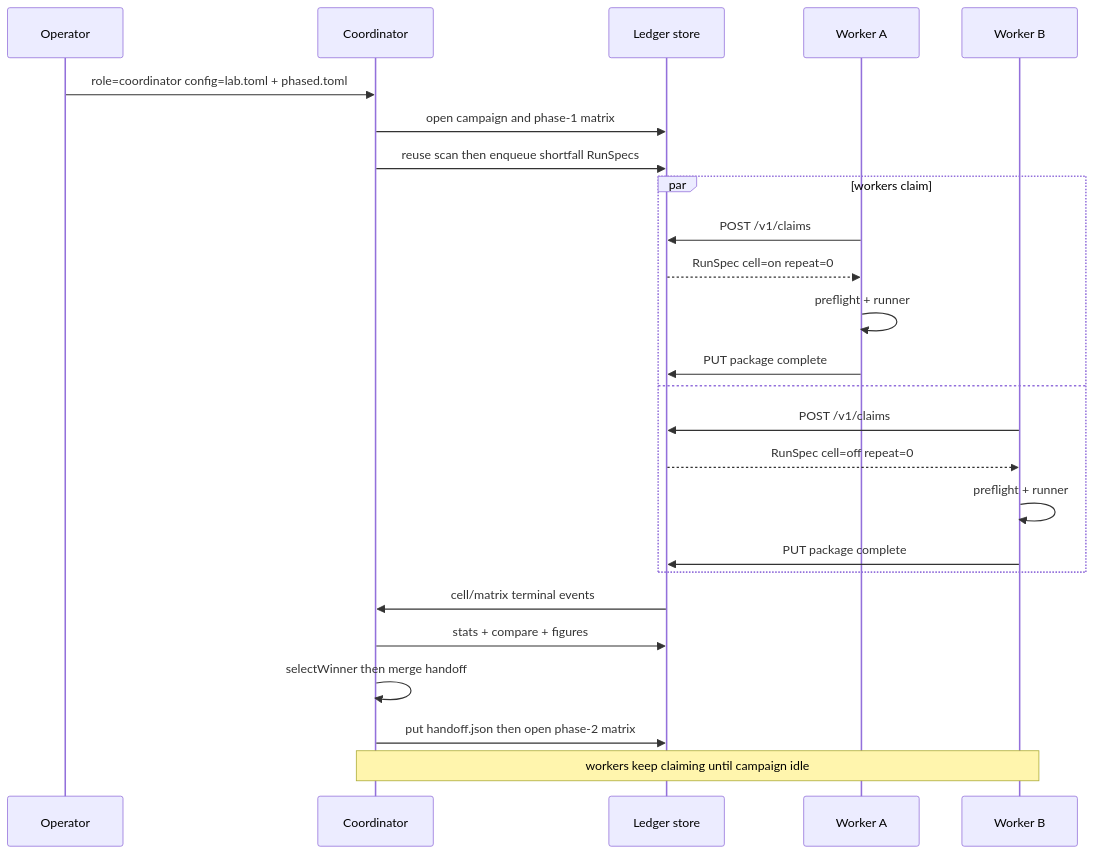
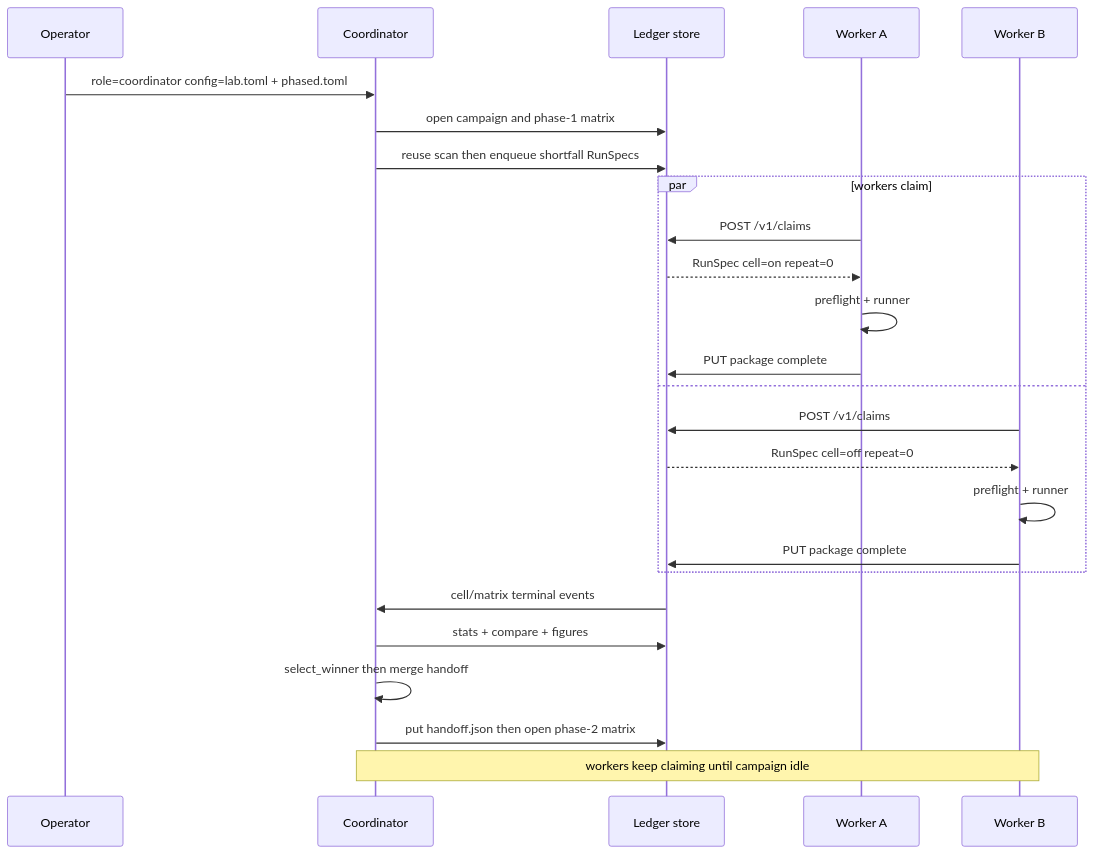
Before and after one commit to Dev-DanielR/bench-run: the second of 2 diagrams in docs/execution.md, drawn with Mermaid. The commit also changed other lines of this file and 68 other files, not shown here.

````diff
--- a/docs/execution.md
+++ b/docs/execution.md
@@ -101,30 +101,30 @@
 ```mermaid
 sequenceDiagram
     participant Op as Operator
     participant Coord as Coordinator
     participant Store as Ledger store
     participant W1 as Worker A
     participant W2 as Worker B
 
     Op->>Coord: role=coordinator config=lab.toml + phased.toml
     Coord->>Store: open campaign and phase-1 matrix
     Coord->>Store: reuse scan then enqueue shortfall RunSpecs
 
     par workers claim
         W1->>Store: POST /v1/claims
         Store-->>W1: RunSpec cell=on repeat=0
         W1->>W1: preflight + runner
         W1->>Store: PUT package complete
     and
         W2->>Store: POST /v1/claims
         Store-->>W2: RunSpec cell=off repeat=0
         W2->>W2: preflight + runner
         W2->>Store: PUT package complete
     end
 
     Store->>Coord: cell/matrix terminal events
     Coord->>Store: stats + compare + figures
-    Coord->>Coord: selectWinner then merge handoff
+    Coord->>Coord: select_winner then merge handoff
     Coord->>Store: put handoff.json then open phase-2 matrix
     Note over Coord,W2: workers keep claiming until campaign idle
 ```
````
